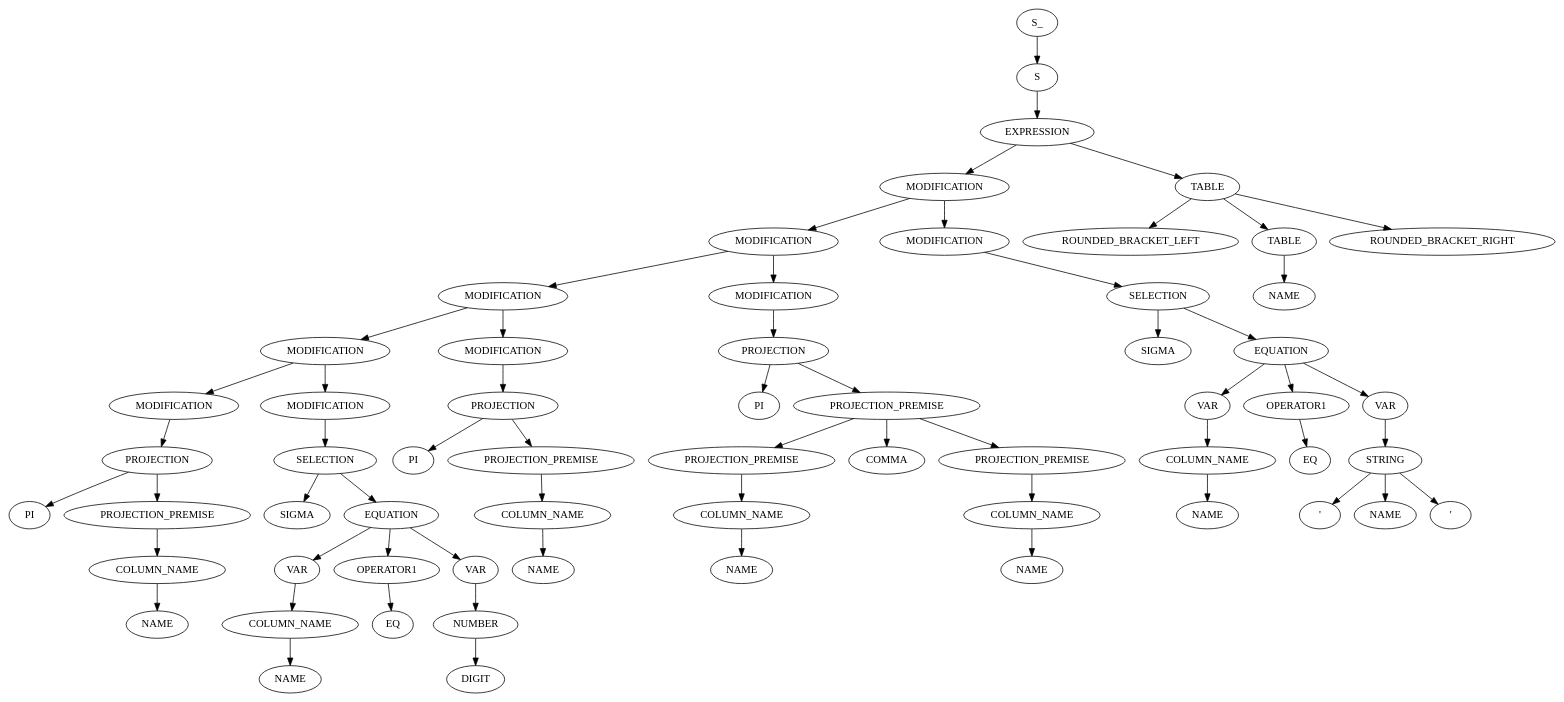
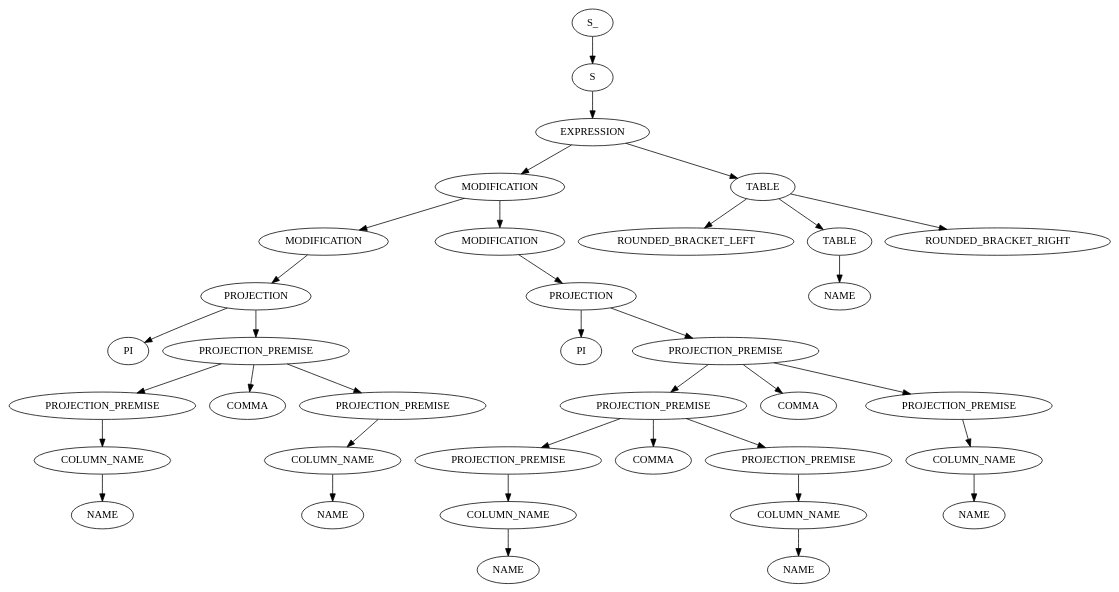
One commit to RobbeNooyens/RATSQL changed the diagram in output/out.dot. Above: the diagram before and after it, drawn with Graphviz. The commit also changed 6 other files, not shown here.

```diff
--- a/output/out.dot
+++ b/output/out.dot
@@ -1,123 +1,73 @@
 digraph ParseTree {
   0 [label="S_"];
   0 -> 1
   1 [label="S"];
   1 -> 2
   2 [label="EXPRESSION"];
   2 -> 3
   3 [label="MODIFICATION"];
   3 -> 4
   4 [label="MODIFICATION"];
   4 -> 5
-  5 [label="MODIFICATION"];
+  5 [label="PROJECTION"];
   5 -> 6
-  6 [label="MODIFICATION"];
-  6 -> 7
-  7 [label="MODIFICATION"];
+  6 [label="PI"];
+  5 -> 7
+  7 [label="PROJECTION_PREMISE"];
   7 -> 8
-  8 [label="PROJECTION"];
+  8 [label="PROJECTION_PREMISE"];
   8 -> 9
-  9 [label="PI"];
-  8 -> 10
-  10 [label="PROJECTION_PREMISE"];
-  10 -> 11
-  11 [label="COLUMN_NAME"];
-  11 -> 12
-  12 [label="NAME"];
-  6 -> 13
-  13 [label="MODIFICATION"];
+  9 [label="COLUMN_NAME"];
+  9 -> 10
+  10 [label="NAME"];
+  7 -> 11
+  11 [label="COMMA"];
+  7 -> 12
+  12 [label="PROJECTION_PREMISE"];
+  12 -> 13
+  13 [label="COLUMN_NAME"];
   13 -> 14
-  14 [label="SELECTION"];
-  14 -> 15
-  15 [label="SIGMA"];
-  14 -> 16
-  16 [label="EQUATION"];
+  14 [label="NAME"];
+  3 -> 15
+  15 [label="MODIFICATION"];
+  15 -> 16
+  16 [label="PROJECTION"];
   16 -> 17
-  17 [label="VAR"];
-  17 -> 18
-  18 [label="COLUMN_NAME"];
+  17 [label="PI"];
+  16 -> 18
+  18 [label="PROJECTION_PREMISE"];
   18 -> 19
-  19 [label="NAME"];
-  16 -> 20
-  20 [label="OPERATOR1"];
+  19 [label="PROJECTION_PREMISE"];
+  19 -> 20
+  20 [label="PROJECTION_PREMISE"];
   20 -> 21
-  21 [label="EQ"];
-  16 -> 22
-  22 [label="VAR"];
-  22 -> 23
-  23 [label="NUMBER"];
-  23 -> 24
-  24 [label="DIGIT"];
-  5 -> 25
-  25 [label="MODIFICATION"];
+  21 [label="COLUMN_NAME"];
+  21 -> 22
+  22 [label="NAME"];
+  19 -> 23
+  23 [label="COMMA"];
+  19 -> 24
+  24 [label="PROJECTION_PREMISE"];
+  24 -> 25
+  25 [label="COLUMN_NAME"];
   25 -> 26
-  26 [label="PROJECTION"];
-  26 -> 27
-  27 [label="PI"];
-  26 -> 28
+  26 [label="NAME"];
+  18 -> 27
+  27 [label="COMMA"];
+  18 -> 28
   28 [label="PROJECTION_PREMISE"];
   28 -> 29
   29 [label="COLUMN_NAME"];
   29 -> 30
   30 [label="NAME"];
-  4 -> 31
-  31 [label="MODIFICATION"];
+  2 -> 31
+  31 [label="TABLE"];
   31 -> 32
-  32 [label="PROJECTION"];
-  32 -> 33
-  33 [label="PI"];
-  32 -> 34
-  34 [label="PROJECTION_PREMISE"];
-  34 -> 35
-  35 [label="PROJECTION_PREMISE"];
-  35 -> 36
-  36 [label="COLUMN_NAME"];
-  36 -> 37
-  37 [label="NAME"];
-  34 -> 38
-  38 [label="COMMA"];
-  34 -> 39
-  39 [label="PROJECTION_PREMISE"];
-  39 -> 40
-  40 [label="COLUMN_NAME"];
-  40 -> 41
-  41 [label="NAME"];
-  3 -> 42
-  42 [label="MODIFICATION"];
-  42 -> 43
-  43 [label="SELECTION"];
-  43 -> 44
-  44 [label="SIGMA"];
-  43 -> 45
-  45 [label="EQUATION"];
-  45 -> 46
-  46 [label="VAR"];
-  46 -> 47
-  47 [label="COLUMN_NAME"];
-  47 -> 48
-  48 [label="NAME"];
-  45 -> 49
-  49 [label="OPERATOR1"];
-  49 -> 50
-  50 [label="EQ"];
-  45 -> 51
-  51 [label="VAR"];
-  51 -> 52
-  52 [label="STRING"];
-  52 -> 53
-  53 [label="'"];
-  52 -> 54
-  54 [label="NAME"];
-  52 -> 55
-  55 [label="'"];
-  2 -> 56
-  56 [label="TABLE"];
-  56 -> 57
-  57 [label="ROUNDED_BRACKET_LEFT"];
-  56 -> 58
-  58 [label="TABLE"];
-  58 -> 59
-  59 [label="NAME"];
-  56 -> 60
-  60 [label="ROUNDED_BRACKET_RIGHT"];
+  32 [label="ROUNDED_BRACKET_LEFT"];
+  31 -> 33
+  33 [label="TABLE"];
+  33 -> 34
+  34 [label="NAME"];
+  31 -> 35
+  35 [label="ROUNDED_BRACKET_RIGHT"];
 }
```
